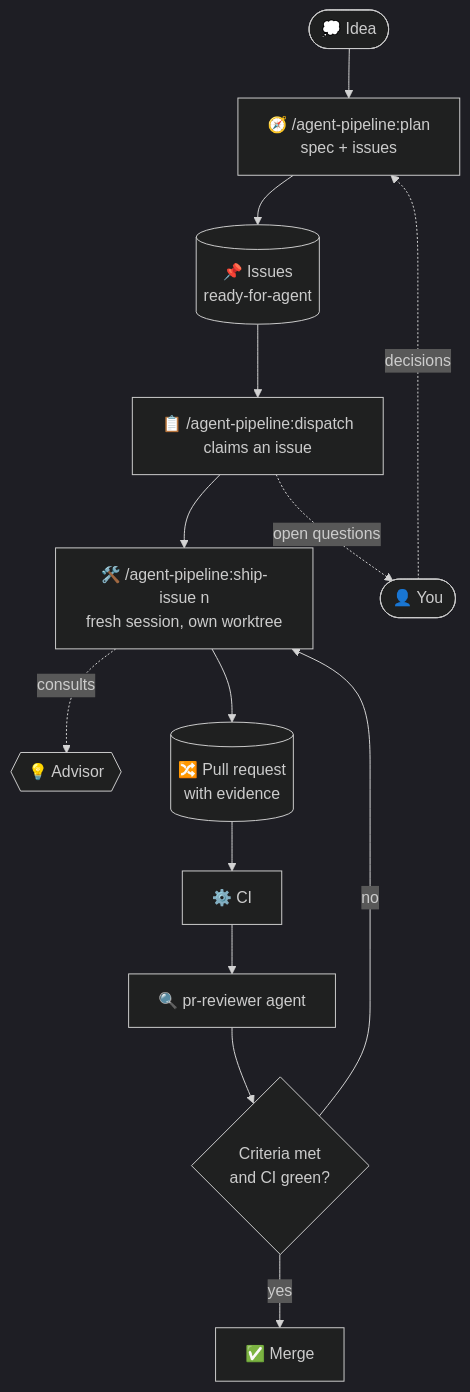
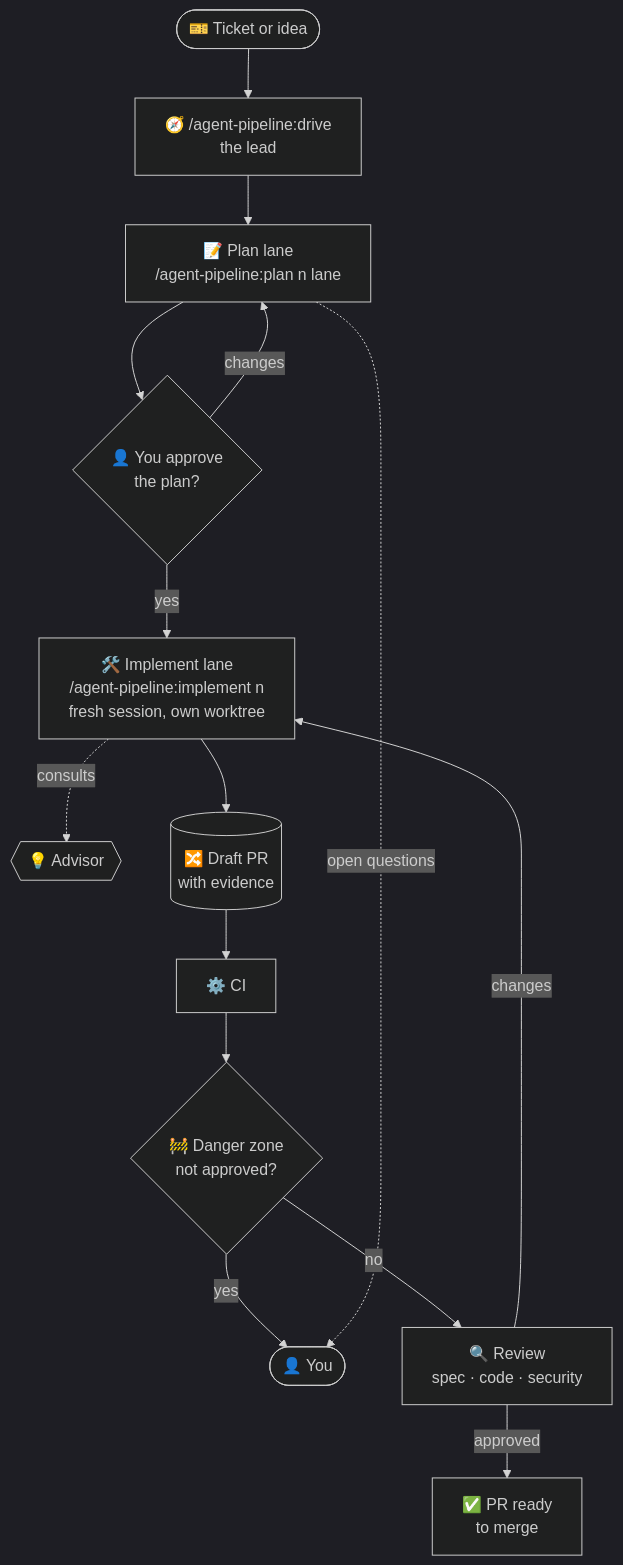
Before and after one commit to RyanFilho/agent-pipeline: the first of 2 diagrams in README.md, drawn with Mermaid (dark theme). The commit also changed other lines of this file and 16 other files, not shown here.

First line of the commit message:
feat: /agent-pipeline:drive runs plan, implement and review lanes

````diff
--- a/README.md
+++ b/README.md
@@ -11,16 +13,17 @@
 ```mermaid
 flowchart TB
-    idea(["💭 Idea"]) --> plan["🧭 /agent-pipeline:plan<br/>spec + issues"]
-    plan --> ready[("📌 Issues<br/>ready-for-agent")]
-    ready --> dispatch["📋 /agent-pipeline:dispatch<br/>claims an issue"]
-    dispatch --> dev["🛠️ /agent-pipeline:ship-issue n<br/>fresh session, own worktree"]
+    ticket(["🎫 Ticket or idea"]) --> drive["🧭 /agent-pipeline:drive<br/>the lead"]
+    drive --> plan["📝 Plan lane<br/>/agent-pipeline:plan n lane"]
+    plan --> gate{"👤 You approve<br/>the plan?"}
+    gate -- "changes" --> plan
+    gate -- "yes" --> dev["🛠️ Implement lane<br/>/agent-pipeline:implement n<br/>fresh session, own worktree"]
     dev -. "consults" .-> advisor{{"💡 Advisor"}}
-    dev --> pr[("🔀 Pull request<br/>with evidence")]
+    dev --> pr[("🔀 Draft PR<br/>with evidence")]
     pr --> ci["⚙️ CI"]
-    ci --> reviewer["🔍 pr-reviewer agent"]
-    reviewer --> ok{"Criteria met<br/>and CI green?"}
-    ok -- "yes" --> merge["✅ Merge"]
-    ok -- "no" --> dev
-    dispatch -. "open questions" .-> you(["👤 You"])
-    you -. "decisions" .-> plan
+    ci --> danger{"🚧 Danger zone<br/>not approved?"}
+    danger -- "yes" --> you(["👤 You"])
+    danger -- "no" --> review["🔍 Review<br/>spec · code · security"]
+    review -- "changes" --> dev
+    review -- "approved" --> ready["✅ PR ready<br/>to merge"]
+    plan -. "open questions" .-> you
 ```
````
